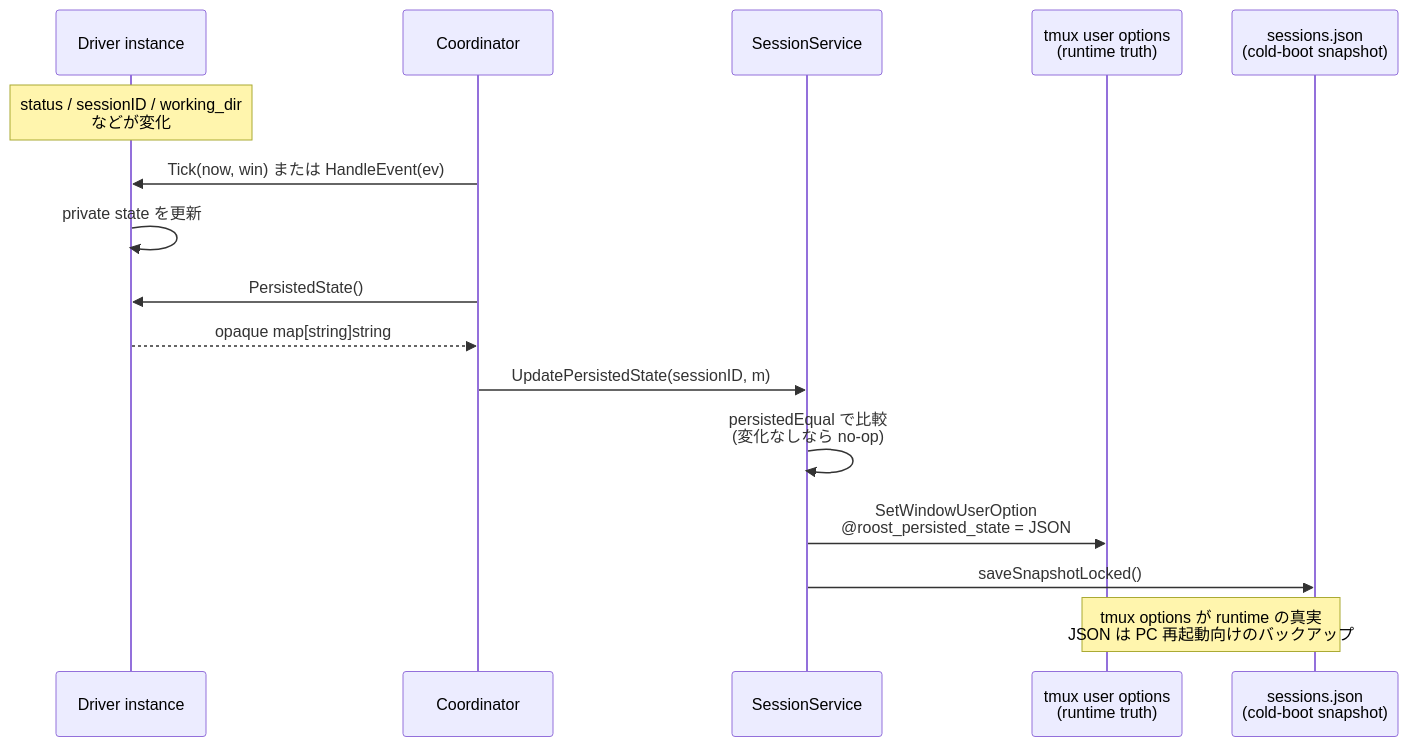
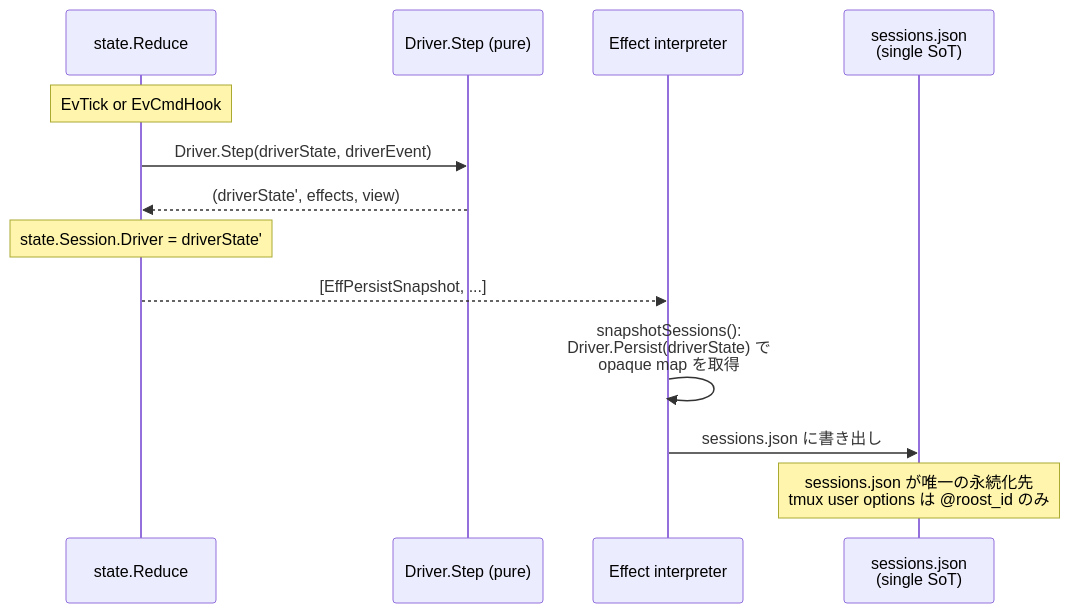
Diagram 11 of 12 in ARCHITECTURE.md (takezoh/agent-roost), drawn with Mermaid before and after one commit. The commit also changed other lines of this file, not shown here.

First line of the commit message:
Rewrite ARCHITECTURE.md for FCIS architecture

````diff
--- a/ARCHITECTURE.md
+++ b/ARCHITECTURE.md
@@ -935,19 +902,16 @@
 ```mermaid
 sequenceDiagram
-    participant D as Driver instance
-    participant Coord as Coordinator
-    participant SS as SessionService
-    participant TmuxOpt as tmux user options<br/>(runtime truth)
-    participant JSON as sessions.json<br/>(cold-boot snapshot)
+    participant Red as state.Reduce
+    participant Drv as Driver.Step (pure)
+    participant Interp as Effect interpreter
+    participant JSON as sessions.json<br/>(single SoT)
 
-    Note over D: status / sessionID / working_dir<br/>などが変化
-    Coord->>D: Tick(now, win) または HandleEvent(ev)
-    D->>D: private state を更新
-    Coord->>D: PersistedState()
-    D-->>Coord: opaque map[string]string
-    Coord->>SS: UpdatePersistedState(sessionID, m)
-    SS->>SS: persistedEqual で比較<br/>(変化なしなら no-op)
-    SS->>TmuxOpt: SetWindowUserOption<br/>@roost_persisted_state = JSON
-    SS->>JSON: saveSnapshotLocked()
-    Note over TmuxOpt,JSON: tmux options が runtime の真実<br/>JSON は PC 再起動向けのバックアップ
+    Note over Red: EvTick or EvCmdHook
+    Red->>Drv: Driver.Step(driverState, driverEvent)
+    Drv-->>Red: (driverState', effects, view)
+    Note over Red: state.Session.Driver = driverState'
+    Red-->>Interp: [EffPersistSnapshot, ...]
+    Interp->>Interp: snapshotSessions():<br/>Driver.Persist(driverState) で<br/>opaque map を取得
+    Interp->>JSON: sessions.json に書き出し
+    Note over JSON: sessions.json が唯一の永続化先<br/>tmux user options は @roost_id のみ
 ```
````
